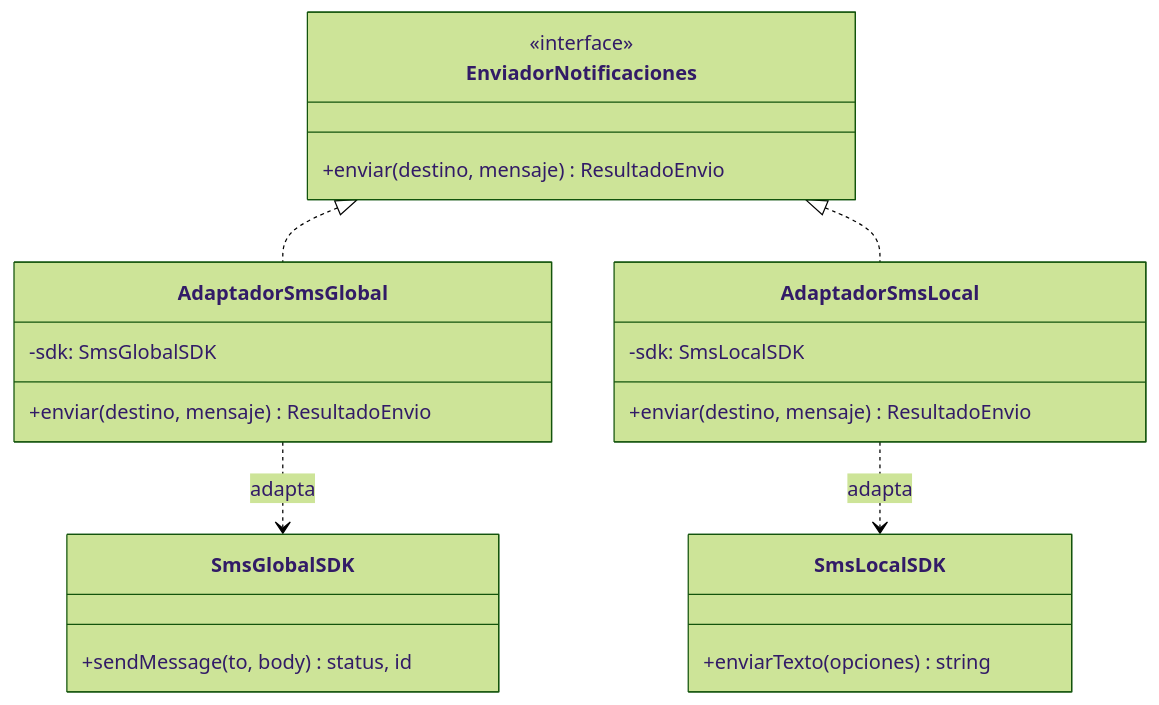
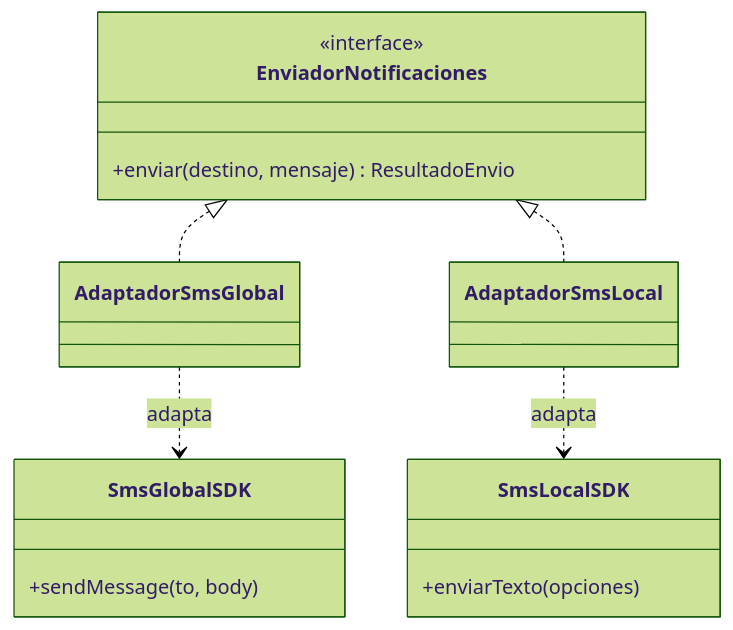
The second of 10 diagrams in README.md (Jean0405/SistemaGestionDigital), drawn with Mermaid (forest theme) before and after one commit. The commit also changed other lines of this file and 18 other files, not shown here.

````diff
--- a/README.md
+++ b/README.md
@@ -691,26 +186,17 @@
 ```mermaid
 classDiagram
     class EnviadorNotificaciones {
         <<interface>>
         +enviar(destino, mensaje) ResultadoEnvio
     }
     class SmsGlobalSDK {
-        +sendMessage(to, body) status, id
+        +sendMessage(to, body)
     }
     class SmsLocalSDK {
-        +enviarTexto(opciones) string
+        +enviarTexto(opciones)
     }
-    class AdaptadorSmsGlobal {
-        -sdk: SmsGlobalSDK
-        +enviar(destino, mensaje) ResultadoEnvio
-    }
-    class AdaptadorSmsLocal {
-        -sdk: SmsLocalSDK
-        +enviar(destino, mensaje) ResultadoEnvio
-    }
-
     EnviadorNotificaciones <|.. AdaptadorSmsGlobal
     EnviadorNotificaciones <|.. AdaptadorSmsLocal
     AdaptadorSmsGlobal ..> SmsGlobalSDK : adapta
     AdaptadorSmsLocal ..> SmsLocalSDK : adapta
 ```
````
